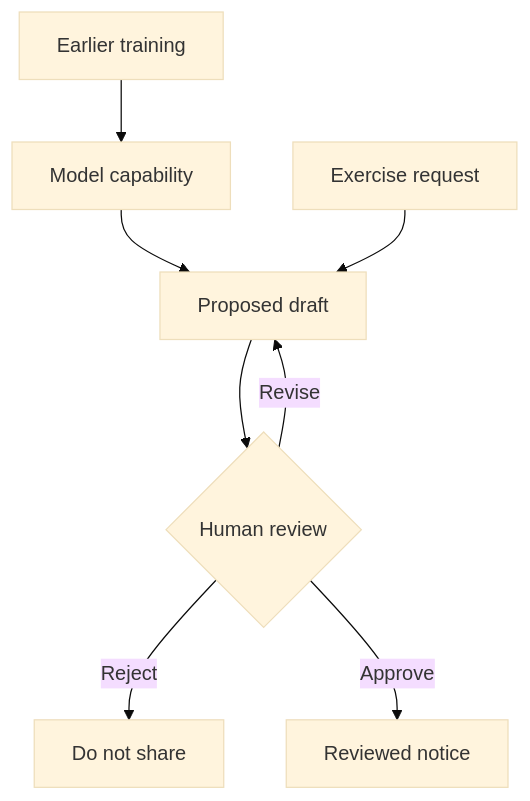
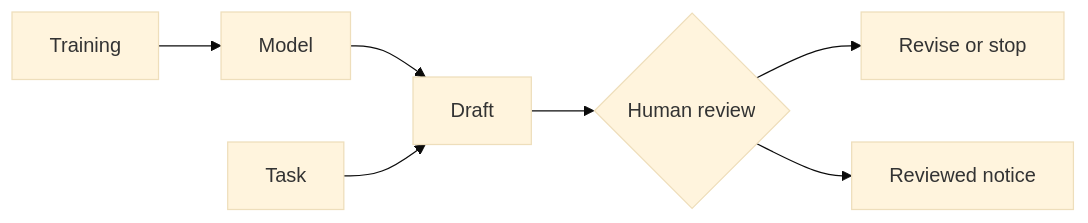
Before and after one commit to Ange230700/ibm-ai-foundations-for-everyone-notes: the diagram in teaching/visuals/s02/en/model-workflow.mmd, drawn with Mermaid (base theme). The commit also changed 54 other files, not shown here.

Commit message:
fix(presentations): improve teaching diagram legibility

```diff
--- a/teaching/visuals/s02/en/model-workflow.mmd
+++ b/teaching/visuals/s02/en/model-workflow.mmd
@@ -1,8 +1,7 @@
-flowchart TB
- A["Earlier training"] --> B["Model capability"]
- B --> C["Proposed draft"]
- D["Exercise request"] --> C
+flowchart LR
+ A["Training"] --> B["Model"]
+ B --> C["Draft"]
+ D["Task"] --> C
  C --> E{"Human review"}
- E -->|Revise| C
- E -->|Reject| F["Do not share"]
- E -->|Approve| G["Reviewed notice"]
+ E --> F["Revise or stop"]
+ E --> G["Reviewed notice"]
```
